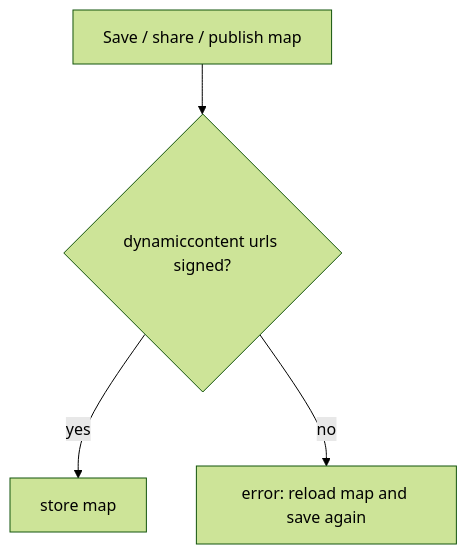
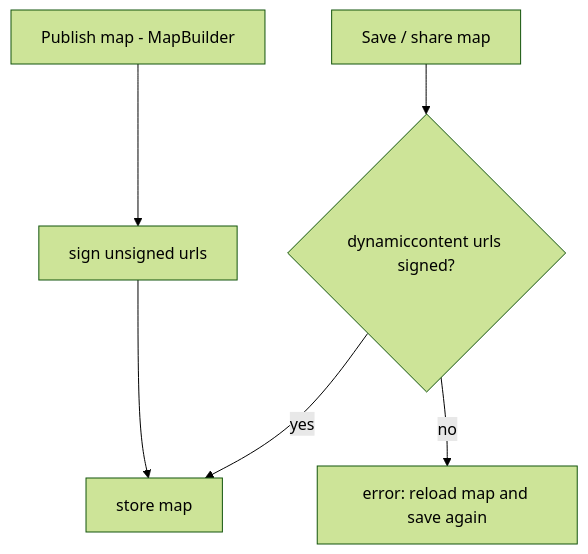
The second of 2 diagrams in docs/architecture/dynamic-content-security.md (e-netze/webgis), drawn with Mermaid (forest theme) before and after one commit. The commit also changed other lines of this file and 5 other files, not shown here.

First line of the commit message:
Sign dynamic content urls in MapBuilder html snippets

````diff
--- a/docs/architecture/dynamic-content-security.md
+++ b/docs/architecture/dynamic-content-security.md
@@ -57,6 +60,7 @@
 ```mermaid
 flowchart TD
-    A[Save / share / publish map] --> B{dynamiccontent urls signed?}
+    A[Save / share map] --> B{dynamiccontent urls signed?}
     B -- yes --> C[store map]
     B -- no --> D[error: reload map and save again]
+    E[Publish map - MapBuilder] --> F[sign unsigned urls] --> C
 ```
````
